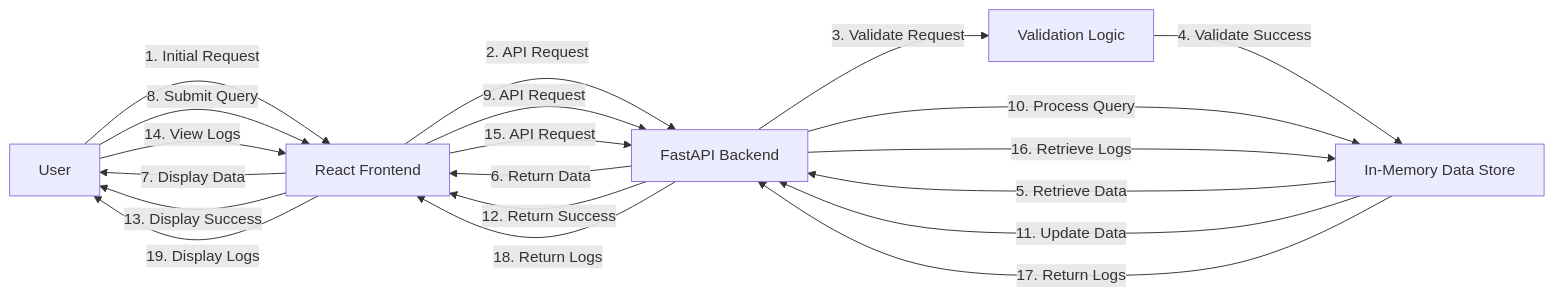
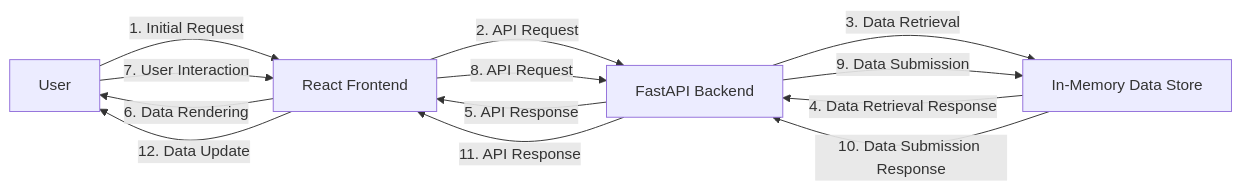
The diagram in PROJECT_DOC.md (coddyieee-sketch/ram-weather-optimizer-tool), drawn with Mermaid before and after one commit. The commit also changed other lines of this file and 5 other files, not shown here.

````diff
--- a/PROJECT_DOC.md
+++ b/PROJECT_DOC.md
@@ -8,22 +8,15 @@
 ```mermaid
 graph LR
     A[User] -->|1. Initial Request| B[React Frontend]
     B -->|2. API Request| C[FastAPI Backend]
-    C -->|3. Validate Request| D[Validation Logic]
-    D -->|4. Validate Success| E[In-Memory Data Store]
-    E -->|5. Retrieve Data| C
-    C -->|6. Return Data| B
-    B -->|7. Display Data| A
-    A -->|8. Submit Query| B
-    B -->|9. API Request| C
-    C -->|10. Process Query| E
-    E -->|11. Update Data| C
-    C -->|12. Return Success| B
-    B -->|13. Display Success| A
-    A -->|14. View Logs| B
-    B -->|15. API Request| C
-    C -->|16. Retrieve Logs| E
-    E -->|17. Return Logs| C
-    C -->|18. Return Logs| B
-    B -->|19. Display Logs| A
+    C -->|3. Data Retrieval| D[In-Memory Data Store]
+    D -->|4. Data Retrieval Response| C
+    C -->|5. API Response| B
+    B -->|6. Data Rendering| A
+    A -->|7. User Interaction| B
+    B -->|8. API Request| C
+    C -->|9. Data Submission| D
+    D -->|10. Data Submission Response| C
+    C -->|11. API Response| B
+    B -->|12. Data Update| A
 ```
````
